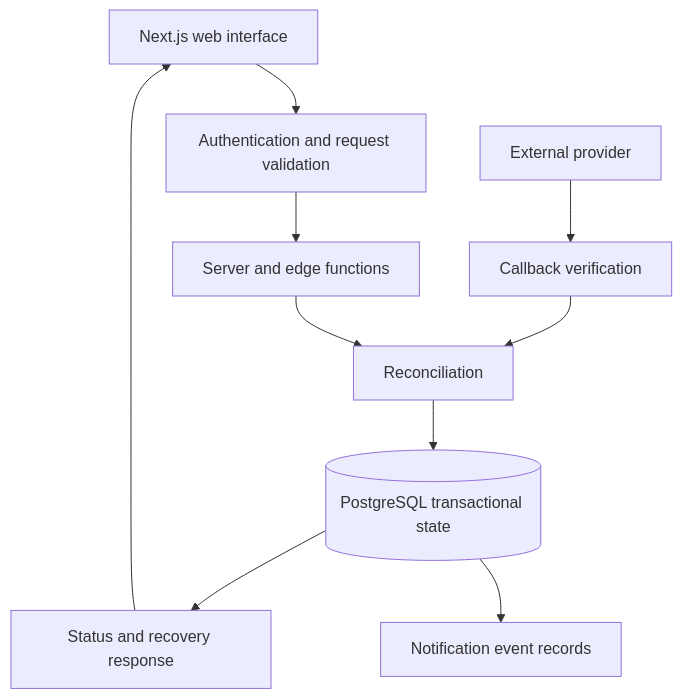
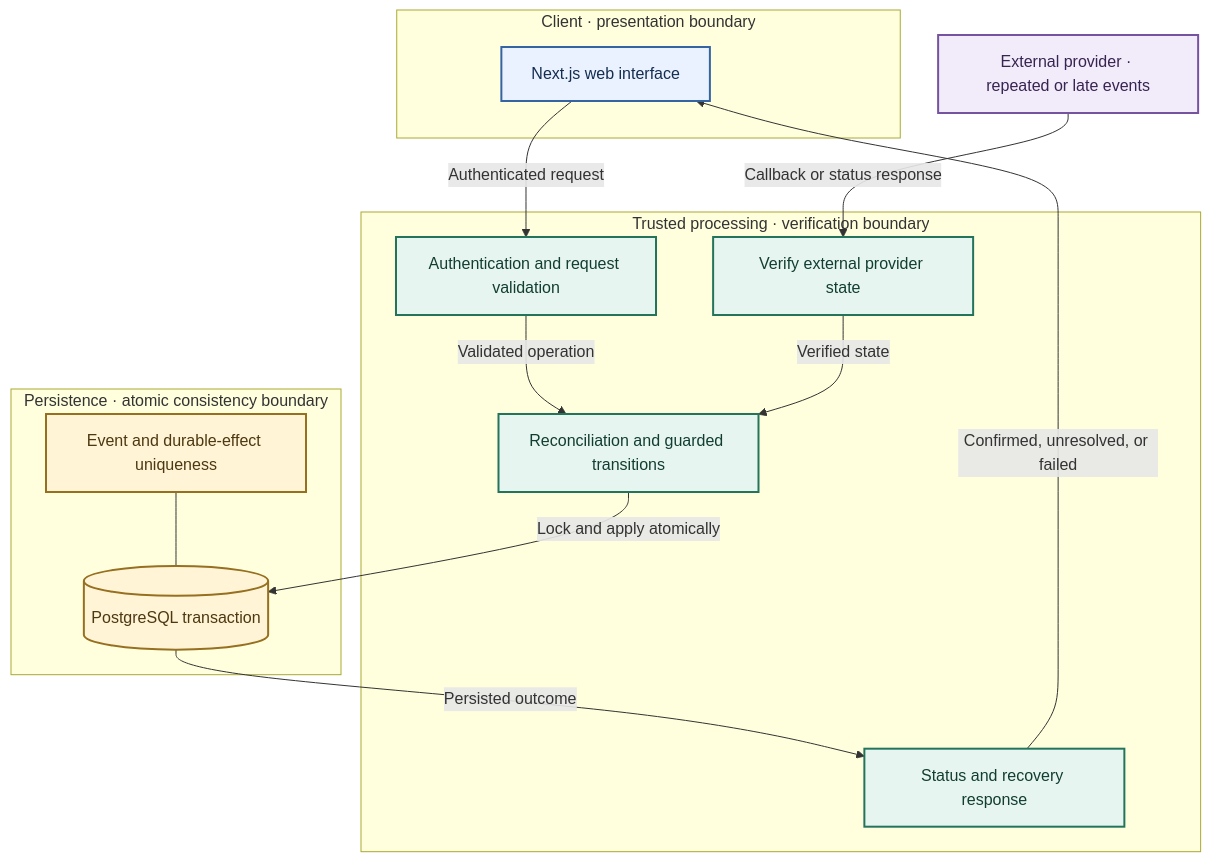
The diagram in README.md (Lawi-Mwaura/I-soco-showcase), drawn with Mermaid before and after one commit. The commit also changed other lines of this file and 4 other files, not shown here.

````diff
--- a/README.md
+++ b/README.md
@@ -25,12 +35,33 @@
 ```mermaid
 flowchart TB
-    UI[Next.js web interface] --> AUTH[Authentication and request validation]
-    AUTH --> SVC[Server and edge functions]
-    EXT[External provider] --> VERIFY[Callback verification]
-    VERIFY --> REC[Reconciliation]
-    SVC --> REC
-    REC --> DB[(PostgreSQL transactional state)]
-    DB --> STATE[Status and recovery response]
-    STATE --> UI
-    DB --> EVENTS[Notification event records]
+    subgraph CLIENT[Client · presentation boundary]
+        UI[Next.js web interface]
+    end
+    subgraph TRUST[Trusted processing · verification boundary]
+        AUTH[Authentication and request validation]
+        VERIFY[Verify external provider state]
+        REC[Reconciliation and guarded transitions]
+        STATE[Status and recovery response]
+    end
+    EXT[External provider · repeated or late events]
+    subgraph STORAGE[Persistence · atomic consistency boundary]
+        DB[(PostgreSQL transaction)]
+        UNIQUE[Event and durable-effect uniqueness]
+    end
+    UI -->|Authenticated request| AUTH
+    AUTH -->|Validated operation| REC
+    EXT -->|Callback or status response| VERIFY
+    VERIFY -->|Verified state| REC
+    REC -->|Lock and apply atomically| DB
+    UNIQUE --- DB
+    DB -->|Persisted outcome| STATE
+    STATE -->|Confirmed, unresolved, or failed| UI
+    classDef client fill:#EAF2FF,stroke:#3564A3,color:#142D4F,stroke-width:2px;
+    classDef service fill:#E7F5F0,stroke:#24745C,color:#123E32,stroke-width:2px;
+    classDef data fill:#FFF4D6,stroke:#966F20,color:#4D3810,stroke-width:2px;
+    classDef control fill:#F2ECFA,stroke:#7653A1,color:#382451,stroke-width:2px;
+    class UI client;
+    class AUTH,VERIFY,REC,STATE service;
+    class DB,UNIQUE data;
+    class EXT control;
 ```
````
